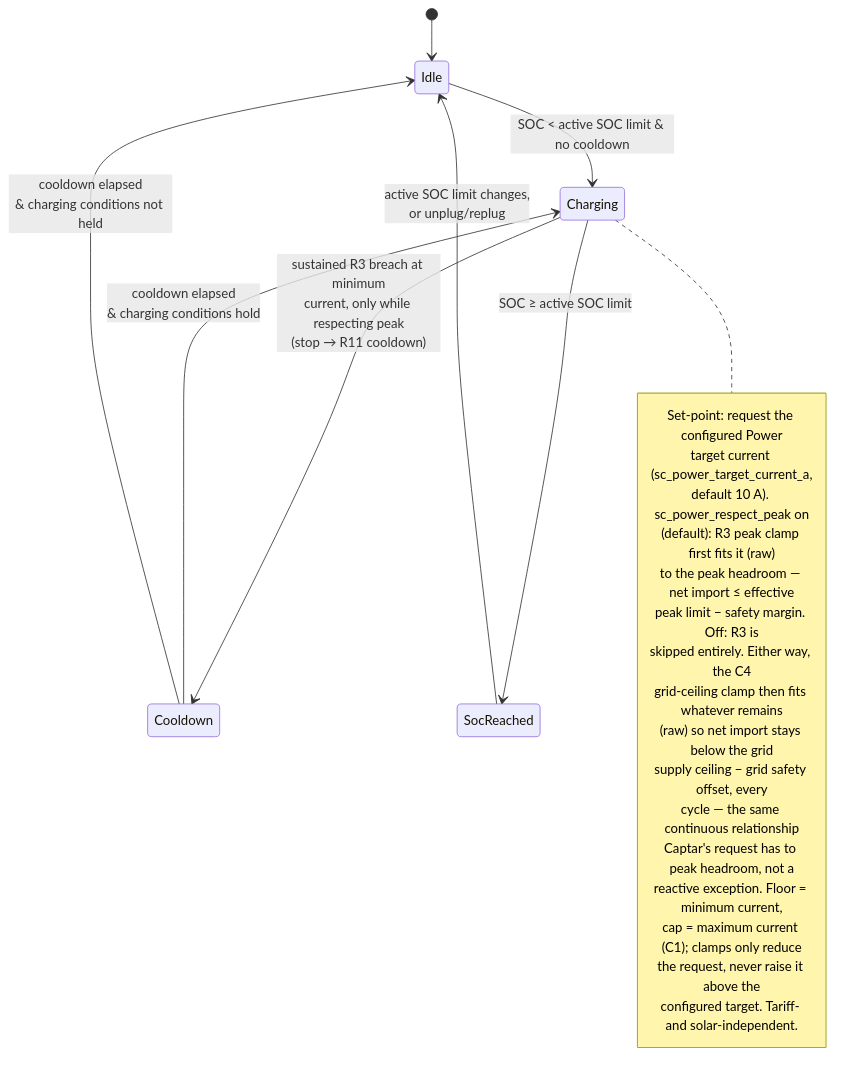
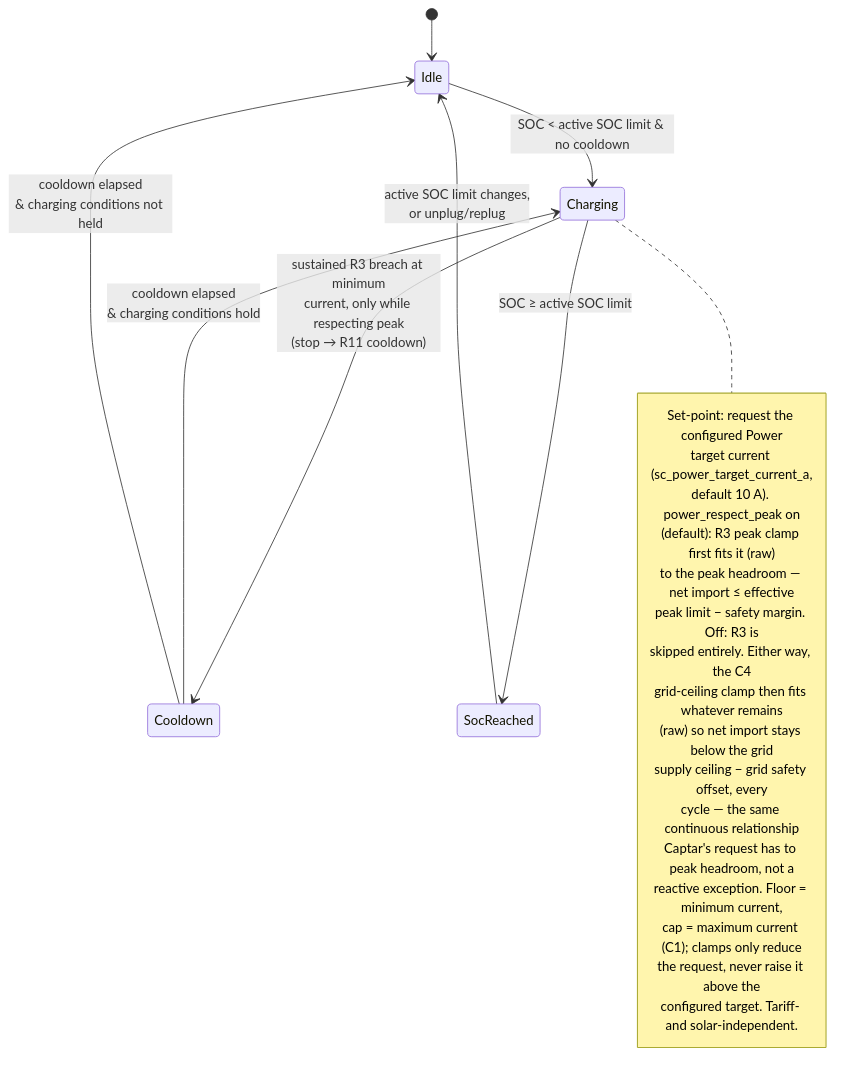
The diagram in docs/analysis/use-cases/UC04-charge-at-a-user-set-current.md (kristofdegrave/homeassistant-smart-charging), drawn with Mermaid before and after one commit. The commit also changed other lines of this file and 8 other files, not shown here.

````diff
--- a/docs/analysis/use-cases/UC04-charge-at-a-user-set-current.md
+++ b/docs/analysis/use-cases/UC04-charge-at-a-user-set-current.md
@@ -101,28 +101,28 @@
 ```mermaid
 stateDiagram-v2
     [*] --> Idle
     Idle --> Charging: SOC < active SOC limit & no cooldown
     Charging --> Cooldown: sustained R3 breach at minimum<br/>current, only while respecting peak<br/>(stop → R11 cooldown)
     Charging --> SocReached: SOC ≥ active SOC limit
     Cooldown --> Charging: cooldown elapsed<br/>& charging conditions hold
     Cooldown --> Idle: cooldown elapsed<br/>& charging conditions not held
     SocReached --> Idle: active SOC limit changes,<br/>or unplug/replug
     note right of Charging
         Set-point: request the configured Power
         target current (sc_power_target_current_a,
-        default 10 A). sc_power_respect_peak on
+        default 10 A). power_respect_peak on
         (default): R3 peak clamp first fits it (raw)
         to the peak headroom — net import ≤ effective
         peak limit − safety margin. Off: R3 is
         skipped entirely. Either way, the C4
         grid-ceiling clamp then fits whatever remains
         (raw) so net import stays below the grid
         supply ceiling − grid safety offset, every
         cycle — the same continuous relationship
         Captar's request has to peak headroom, not a
         reactive exception. Floor = minimum current,
         cap = maximum current (C1); clamps only reduce
         the request, never raise it above the
         configured target. Tariff- and solar-independent.
     end note
 ```
````
